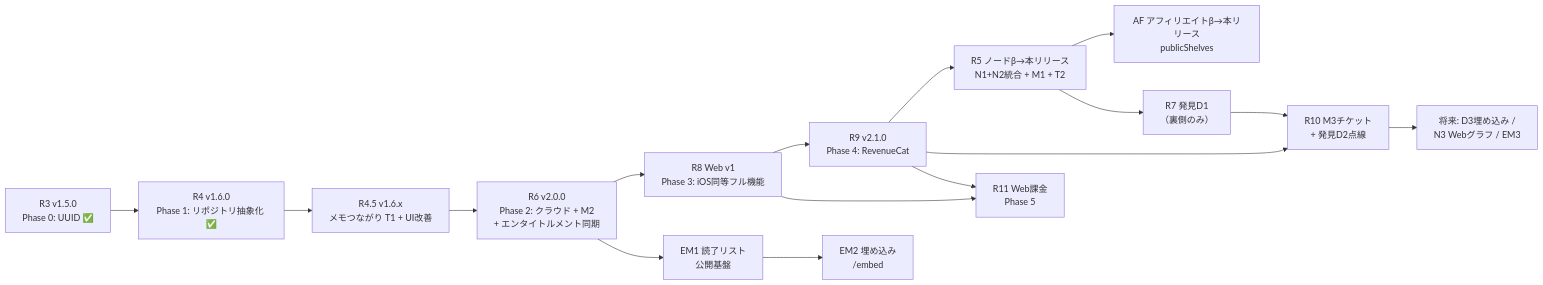
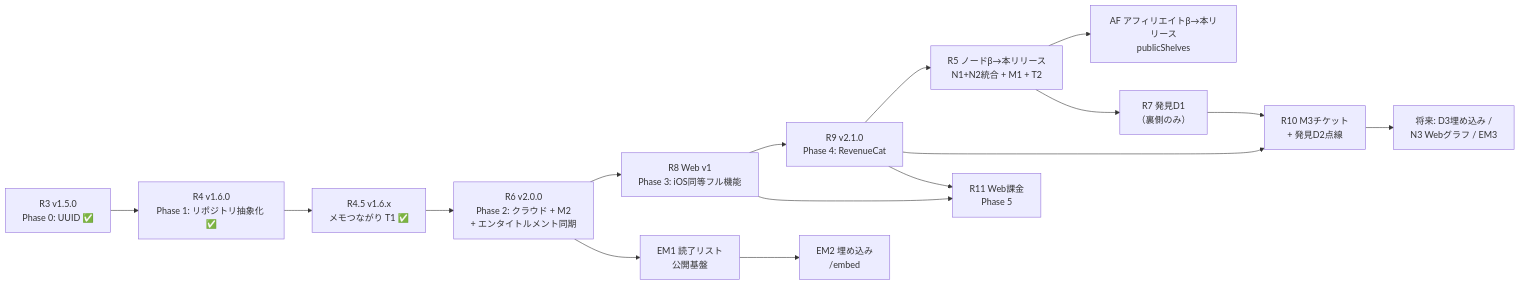
One commit to minayamahata/bookbank-100days-log changed the diagram in docs/implementation-roadmap.md. Above: the diagram before and after it, drawn with Mermaid. The commit also changed other lines of this file and 2 other files, not shown here.

````diff
--- a/docs/implementation-roadmap.md
+++ b/docs/implementation-roadmap.md
@@ -26,17 +26,17 @@
 ```mermaid
 flowchart LR
     R3[R3 v1.5.0<br/>Phase 0: UUID ✅] --> R4[R4 v1.6.0<br/>Phase 1: リポジトリ抽象化 ✅]
-    R4 --> R45[R4.5 v1.6.x<br/>メモつながり T1 + UI改善]
+    R4 --> R45[R4.5 v1.6.x<br/>メモつながり T1 ✅]
     R45 --> R6[R6 v2.0.0<br/>Phase 2: クラウド + M2<br/>+ エンタイトルメント同期]
     R6 --> R8[R8 Web v1<br/>Phase 3: iOS同等フル機能]
     R8 --> R9[R9 v2.1.0<br/>Phase 4: RevenueCat]
     R9 --> R5[R5 ノードβ→本リリース<br/>N1+N2統合 + M1 + T2]
     R5 --> AF[AF アフィリエイトβ→本リリース<br/>publicShelves]
     R5 --> R7[R7 発見D1<br/>（裏側のみ）]
     R7 --> R10[R10 M3チケット<br/>+ 発見D2点線]
     R9 --> R10
     R6 --> EM1[EM1 読了リスト<br/>公開基盤] --> EM2[EM2 埋め込み<br/>/embed]
     R8 --> R11[R11 Web課金<br/>Phase 5]
     R9 --> R11
     R10 --> F[将来: D3埋め込み /<br/>N3 Webグラフ / EM3]
 ```
````
